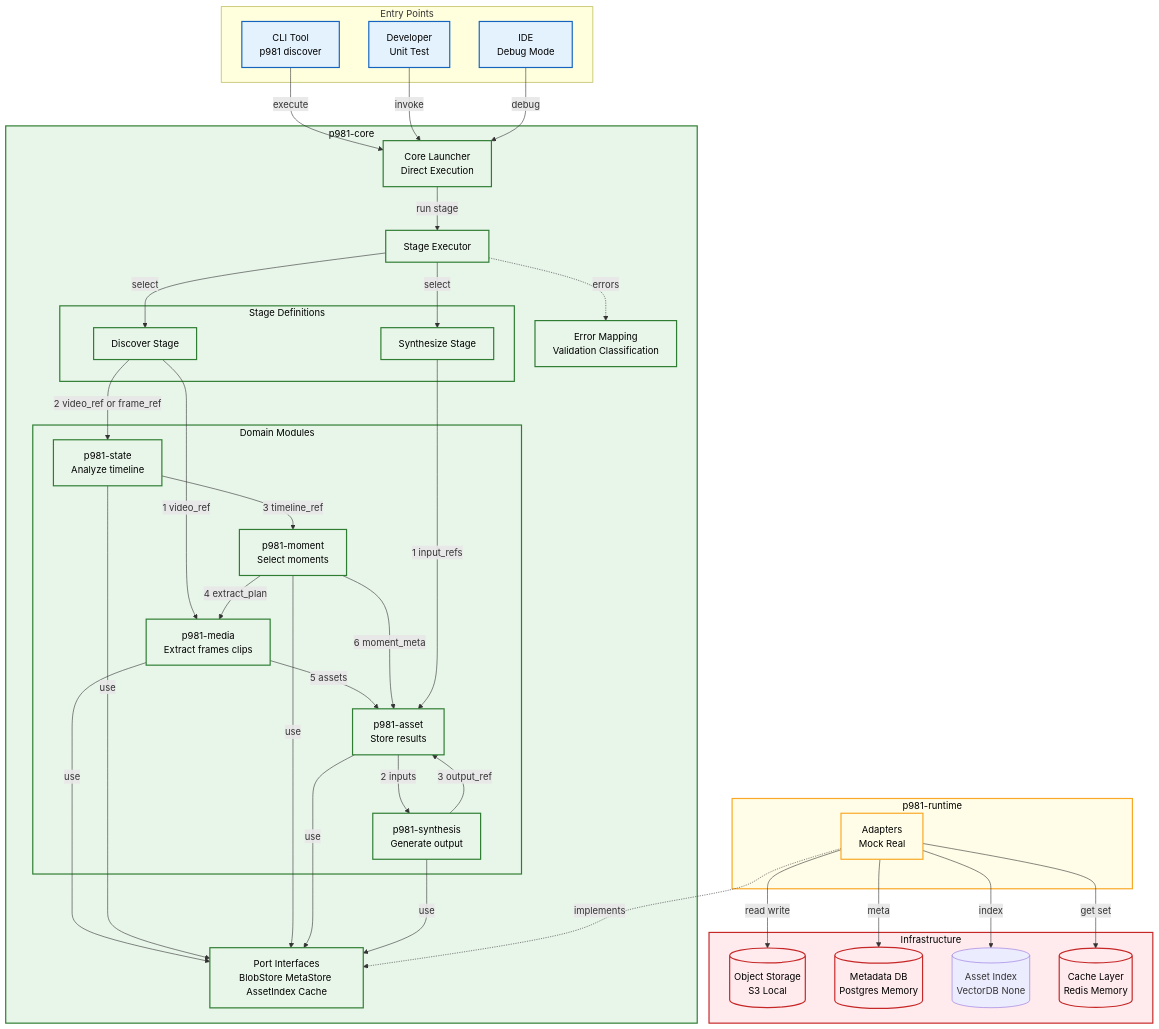
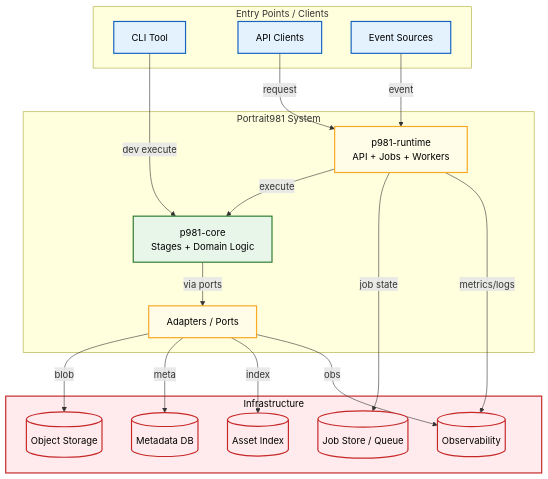
One commit to monolith-hyeonrae/portrait981 changed the diagram in specs/diagrams/overview.mmd. Above: the diagram before and after it, drawn with Mermaid. The commit also changed 50 other files, not shown here.

```diff
--- a/specs/diagrams/overview.mmd
+++ b/specs/diagrams/overview.mmd
@@ -1,88 +1,43 @@
 graph TB
   classDef entry fill:#e3f2fd,stroke:#1565c0,stroke-width:2px,color:#000
   classDef core fill:#e8f5e9,stroke:#2e7d32,stroke-width:2px,color:#000
   classDef runtime fill:#fffde7,stroke:#f9a825,stroke-width:2px,color:#000
   classDef infra fill:#ffebee,stroke:#c62828,stroke-width:2px,color:#000
 
-  subgraph ENTRY["Entry Points"]
-    CLI[CLI Tool<br/>p981 discover]
-    DEV[Developer<br/>Unit Test]
-    IDE[IDE<br/>Debug Mode]
+  subgraph ENTRY["Entry Points / Clients"]
+    CLI[CLI Tool]
+    API[API Clients]
+    EVT[Event Sources]
   end
 
-  subgraph CORE["p981-core"]
-    LAUNCH[Core Launcher<br/>Direct Execution]
-    EXEC[Stage Executor]
-
-    subgraph STAGE["Stage Definitions"]
-      DISC[Discover Stage]
-      SYN[Synthesize Stage]
-    end
-
-    subgraph DOMAIN["Domain Modules"]
-      MEDIA[p981-media<br/>Extract frames clips]
-      STATE[p981-state<br/>Analyze timeline]
-      MOMENT[p981-moment<br/>Select moments]
-      ASSET[p981-asset<br/>Store results]
-      SYNTH[p981-synthesis<br/>Generate output]
-    end
-
-    PORTS[Port Interfaces<br/>BlobStore MetaStore AssetIndex Cache]
-    ERR[Error Mapping<br/>Validation Classification]
-  end
-
-  subgraph RUNTIME["p981-runtime"]
-    ADAPTERS[Adapters<br/>Mock Real]
+  subgraph SYSTEM["Portrait981 System"]
+    CORE[p981-core<br/>Stages + Domain Logic]
+    RUNTIME[p981-runtime<br/>API + Jobs + Workers]
+    ADAPTERS[Adapters / Ports]
   end
 
   subgraph INFRA["Infrastructure"]
-    OBJ[(Object Storage<br/>S3 Local)]
-    META[(Metadata DB<br/>Postgres Memory)]
-    INDEX[(Asset Index<br/>VectorDB None)]
-    CACHE[(Cache Layer<br/>Redis Memory)]
+    OBJ[(Object Storage)]
+    META[(Metadata DB)]
+    INDEX[(Asset Index)]
+    JOB[(Job Store / Queue)]
+    OBS[(Observability)]
   end
 
-  %% Entry to Core
-  CLI -->|execute| LAUNCH
-  DEV -->|invoke| LAUNCH
-  IDE -->|debug| LAUNCH
-
-  %% Core Execution
-  LAUNCH -->|run stage| EXEC
-  EXEC -->|select| DISC
-  EXEC -->|select| SYN
-  EXEC -.errors.-> ERR
-
-  %% Discover Stage
-  DISC -->|1 video_ref| MEDIA
-  DISC -->|2 video_ref or frame_ref| STATE
-  STATE -->|3 timeline_ref| MOMENT
-  MOMENT -->|4 extract_plan| MEDIA
-  MEDIA -->|5 assets| ASSET
-  MOMENT -->|6 moment_meta| ASSET
-
-  %% Synthesize Stage
-  SYN -->|1 input_refs| ASSET
-  ASSET -->|2 inputs| SYNTH
-  SYNTH -->|3 output_ref| ASSET
-
-  %% Domain to Ports
-  MEDIA -->|use| PORTS
-  STATE -->|use| PORTS
-  MOMENT -->|use| PORTS
-  ASSET -->|use| PORTS
-  SYNTH -->|use| PORTS
-
-  %% Adapters implement Ports
-  ADAPTERS -.implements.-> PORTS
-
-  %% Adapters to Infrastructure
-  ADAPTERS -->|read write| OBJ
+  CLI -->|dev execute| CORE
+  API -->|request| RUNTIME
+  EVT -->|event| RUNTIME
+  RUNTIME -->|execute| CORE
+  CORE -->|via ports| ADAPTERS
+  ADAPTERS -->|blob| OBJ
   ADAPTERS -->|meta| META
   ADAPTERS -->|index| INDEX
-  ADAPTERS -->|get set| CACHE
+  RUNTIME -->|job state| JOB
+  RUNTIME -->|metrics/logs| OBS
+  ADAPTERS -->|obs| OBS
 
-  class CLI,DEV,IDE entry
-  class CORE,LAUNCH,EXEC,STAGE,DISC,SYN,DOMAIN,MEDIA,STATE,MOMENT,ASSET,SYNTH,PORTS,ERR core
-  class RUNTIME,ADAPTERS runtime
-  class INFRA,OBJ,META,CACHE infra
+  class CLI,API,EVT entry
+  class CORE core
+  class RUNTIME runtime
+  class ADAPTERS runtime
+  class INFRA,OBJ,META,INDEX,JOB,OBS infra
```
